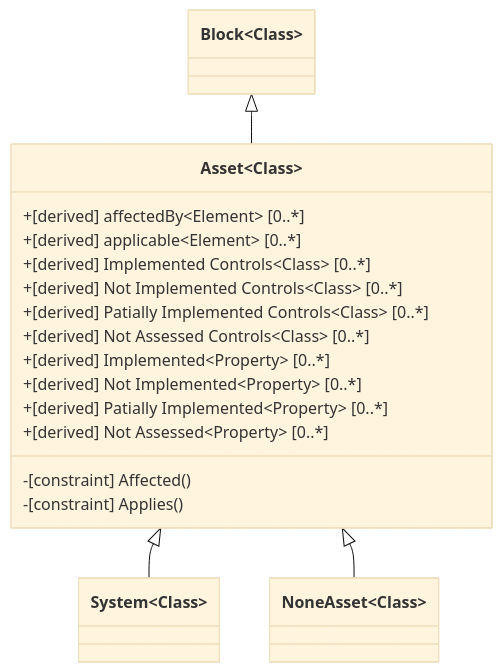
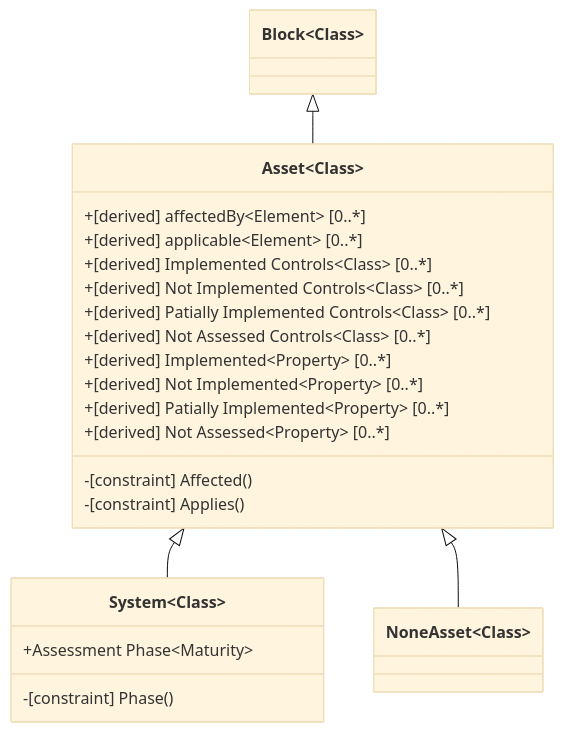
One commit to stuartfowler/CEMT changed diagram 24 of 45 in Documentation/stereotypes.md. Above: the diagram before and after it, drawn with Mermaid (base theme). The commit also changed other lines of this file and 14 other files, not shown here.

````diff
--- a/Documentation/stereotypes.md
+++ b/Documentation/stereotypes.md
@@ -441,20 +441,24 @@
 ```mermaid
     classDiagram
         class Asset~Class~ {
             +[derived] affectedBy~Element~ [0..*]
             +[derived] applicable~Element~ [0..*]
             +[derived] Implemented Controls~Class~ [0..*]
             +[derived] Not Implemented Controls~Class~ [0..*]
             +[derived] Patially Implemented Controls~Class~ [0..*]
             +[derived] Not Assessed Controls~Class~ [0..*]
             +[derived] Implemented~Property~ [0..*]
             +[derived] Not Implemented~Property~ [0..*]
             +[derived] Patially Implemented~Property~ [0..*]
             +[derived] Not Assessed~Property~ [0..*]
             -[constraint] Affected()
             -[constraint] Applies()
         }
+        class System~Class~ {
+            +Assessment Phase~Maturity~
+            -[constraint] Phase()
+        }
         Asset~Class~ <|-- System~Class~
         Asset~Class~ <|-- NoneAsset~Class~
         Block~Class~ <|-- Asset~Class~
 ```
````
